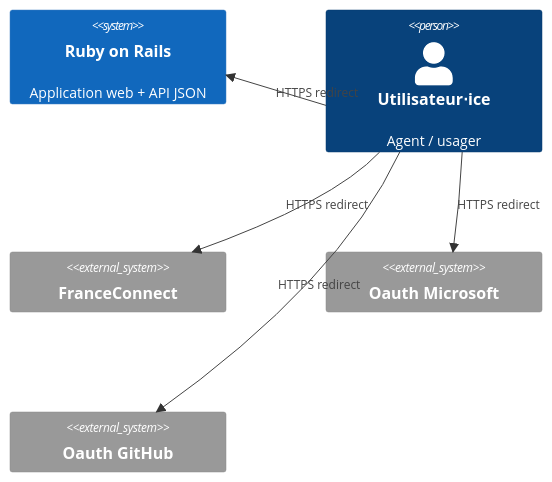
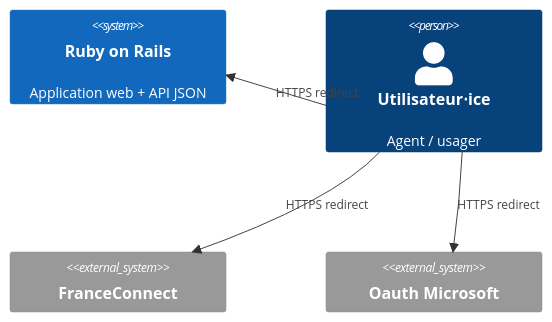
One commit to betagouv/rdv-service-public changed the fourth of 5 diagrams in docs/architecture-technique.md. Above: the diagram before and after it, drawn with Mermaid. The commit also changed other lines of this file and 3 other files, not shown here.

````diff
--- a/docs/architecture-technique.md
+++ b/docs/architecture-technique.md
@@ -233,16 +232,14 @@
 ```mermaid
 C4Container
     System(web_app, "Ruby on Rails", "Application web + API JSON")
 
     Person(user, "Utilisateur⋅ice", "Agent / usager")
 
     System_Ext(france_connect, "FranceConnect", "")
     System_Ext(oauth_microsoft, "Oauth Microsoft", "")
-    System_Ext(oauth_github, "Oauth GitHub", "")
 
     Rel(user, web_app, "HTTPS redirect")
 
     Rel(user, france_connect, "HTTPS redirect")
     Rel(user, oauth_microsoft, "HTTPS redirect")
-    Rel(user, oauth_github, "HTTPS redirect")
 ```
````
